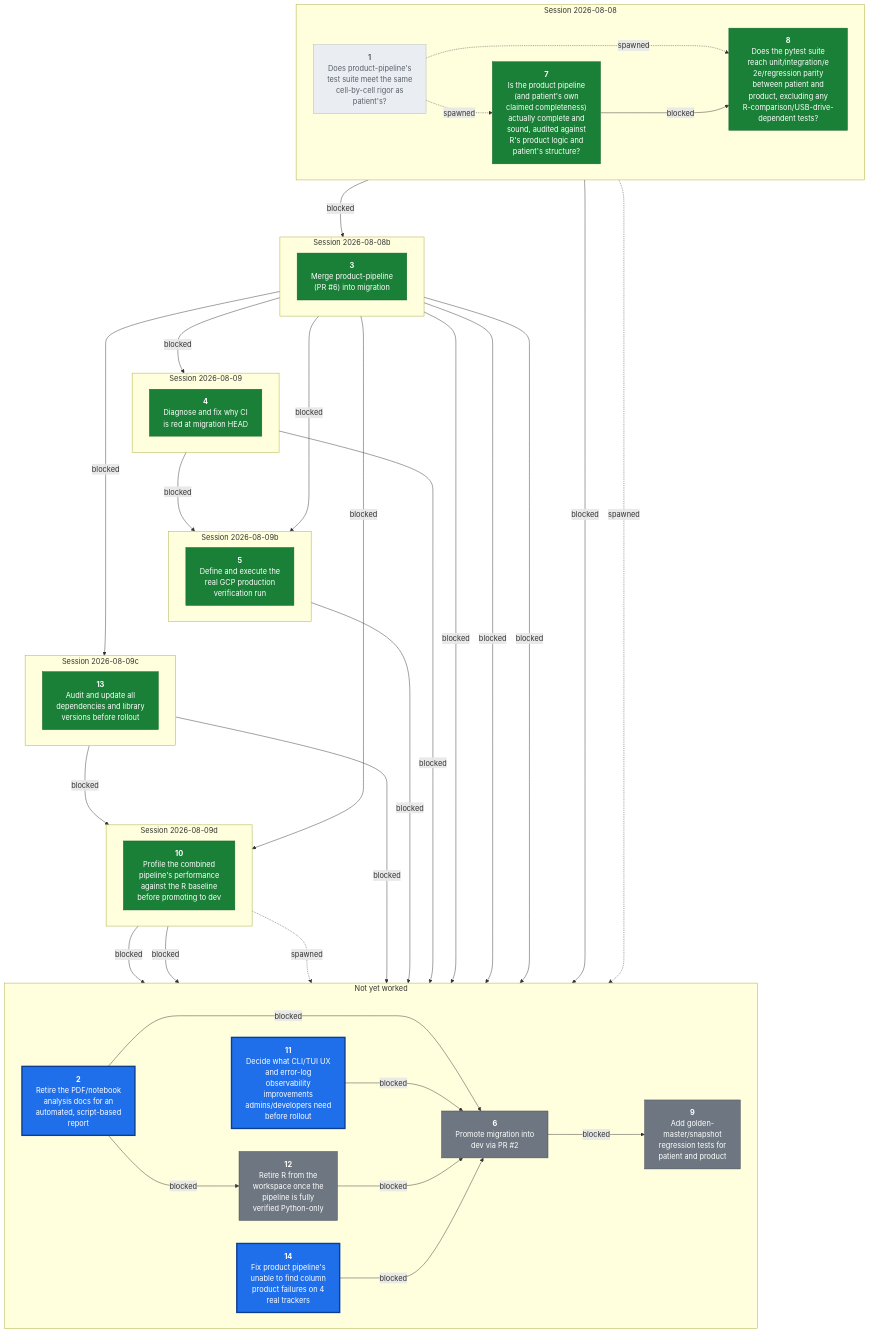
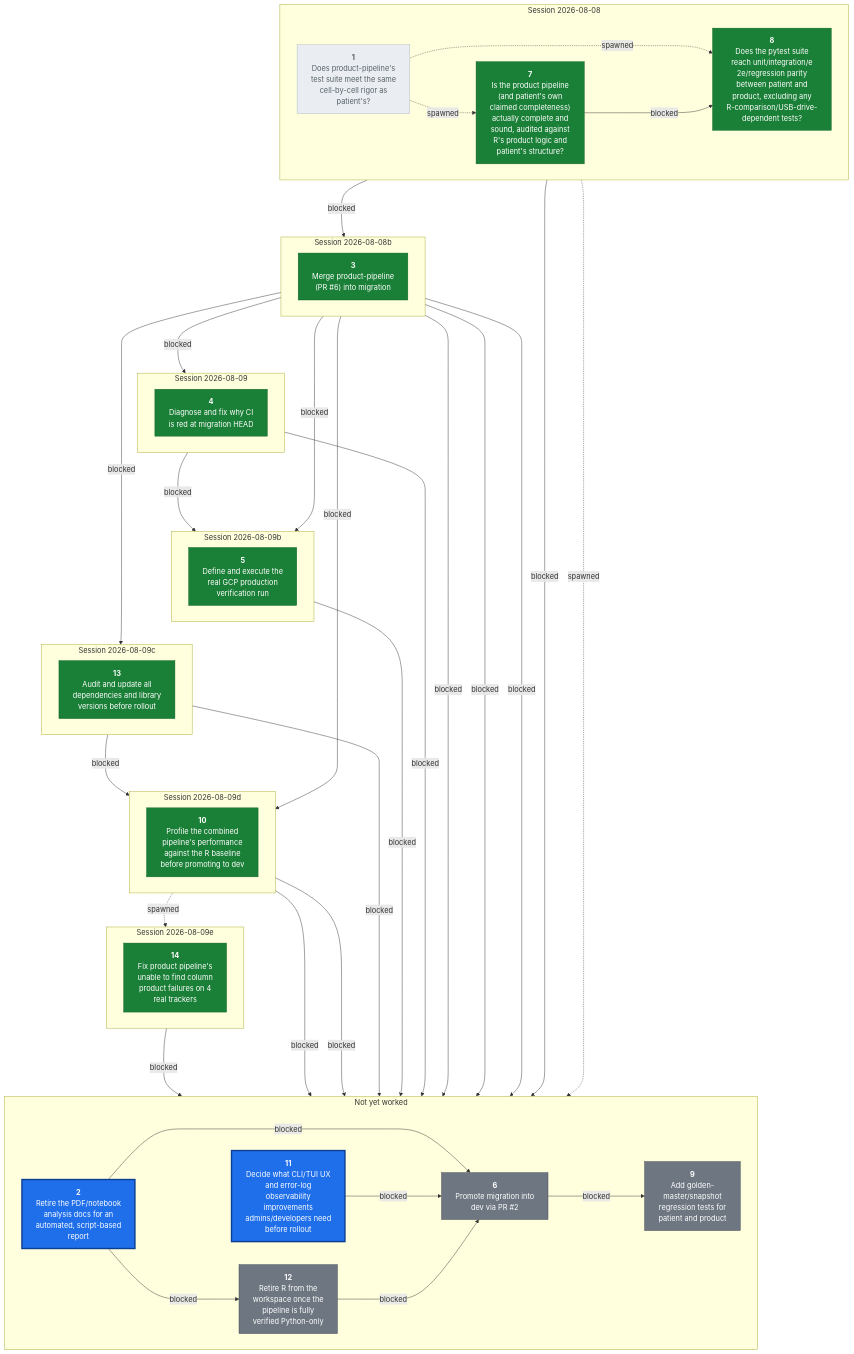
One commit to CorrelAid/a4d changed the diagram in docs/wayfinder/route.mmd. Above: the diagram before and after it, drawn with Mermaid. The commit also changed 7 other files, not shown here.

```diff
--- a/docs/wayfinder/route.mmd
+++ b/docs/wayfinder/route.mmd
@@ -1,80 +1,84 @@
 flowchart TB
   subgraph S2026_08_08["Session 2026-08-08"]
     direction LR
     U1["<b>1</b><br/>Does product-pipeline's<br/>test suite meet the same<br/>cell-by-cell rigor as<br/>patient's?"]
     U7["<b>7</b><br/>Is the product pipeline<br/>(and patient's own<br/>claimed completeness)<br/>actually complete and<br/>sound, audited against<br/>R's product logic and<br/>patient's structure?"]
     U8["<b>8</b><br/>Does the pytest suite<br/>reach unit/integration/e<br/>2e/regression parity<br/>between patient and<br/>product, excluding any<br/>R-comparison/USB-drive-<br/>dependent tests?"]
   end
   subgraph S2026_08_08b["Session 2026-08-08b"]
     direction LR
     U3["<b>3</b><br/>Merge product-pipeline<br/>(PR #6) into migration"]
   end
   subgraph S2026_08_09["Session 2026-08-09"]
     direction LR
     U4["<b>4</b><br/>Diagnose and fix why CI<br/>is red at migration HEAD"]
   end
   subgraph S2026_08_09b["Session 2026-08-09b"]
     direction LR
     U5["<b>5</b><br/>Define and execute the<br/>real GCP production<br/>verification run"]
   end
   subgraph S2026_08_09c["Session 2026-08-09c"]
     direction LR
     U13["<b>13</b><br/>Audit and update all<br/>dependencies and library<br/>versions before rollout"]
   end
   subgraph S2026_08_09d["Session 2026-08-09d"]
     direction LR
     U10["<b>10</b><br/>Profile the combined<br/>pipeline's performance<br/>against the R baseline<br/>before promoting to dev"]
   end
+  subgraph S2026_08_09e["Session 2026-08-09e"]
+    direction LR
+    U14["<b>14</b><br/>Fix product pipeline's<br/>unable to find column<br/>product failures on 4<br/>real trackers"]
+  end
   subgraph Sopen["Not yet worked"]
     direction LR
     U2["<b>2</b><br/>Retire the PDF/notebook<br/>analysis docs for an<br/>automated, script-based<br/>report"]
     U6["<b>6</b><br/>Promote migration into<br/>dev via PR #2"]
     U9["<b>9</b><br/>Add golden-<br/>master/snapshot<br/>regression tests for<br/>patient and product"]
     U11["<b>11</b><br/>Decide what CLI/TUI UX<br/>and error-log<br/>observability<br/>improvements<br/>admins/developers need<br/>before rollout"]
     U12["<b>12</b><br/>Retire R from the<br/>workspace once the<br/>pipeline is fully<br/>verified Python-only"]
-    U14["<b>14</b><br/>Fix product pipeline's<br/>unable to find column<br/>product failures on 4<br/>real trackers"]
   end
 
   S2026_08_08 ~~~ S2026_08_08b
   S2026_08_08b ~~~ S2026_08_09
   S2026_08_09 ~~~ S2026_08_09b
   S2026_08_09b ~~~ S2026_08_09c
   S2026_08_09c ~~~ S2026_08_09d
-  S2026_08_09d ~~~ Sopen
+  S2026_08_09d ~~~ S2026_08_09e
+  S2026_08_09e ~~~ Sopen
 
   U3 --->|blocked| U2
   U8 --->|blocked| U3
   U3 --->|blocked| U4
   U3 --->|blocked| U5
   U4 --->|blocked| U5
   U8 --->|blocked| U6
   U2 --->|blocked| U6
   U3 --->|blocked| U6
   U4 --->|blocked| U6
   U5 --->|blocked| U6
   U10 --->|blocked| U6
   U11 --->|blocked| U6
   U12 --->|blocked| U6
   U13 --->|blocked| U6
   U14 --->|blocked| U6
   U1 -.->|spawned| U7
   U1 -.->|spawned| U8
   U7 --->|blocked| U8
   U8 -.->|spawned| U9
   U6 --->|blocked| U9
   U3 --->|blocked| U10
   U13 --->|blocked| U10
   U3 --->|blocked| U11
   U2 --->|blocked| U12
   U10 --->|blocked| U12
   U3 --->|blocked| U13
   U10 -.->|spawned| U14
 
   classDef tfrontier fill:#1f6feb,stroke:#0b3d91,stroke-width:3px,color:#ffffff
-  class U2,U11,U14 tfrontier
+  class U2,U11 tfrontier
   classDef tblocked fill:#6e7781,stroke:#424a53,stroke-width:1px,color:#ffffff
   class U6,U9,U12 tblocked
   classDef tdecided fill:#1a7f37,stroke:#116329,stroke-width:1px,color:#ffffff
-  class U3,U4,U5,U7,U8,U10,U13 tdecided
+  class U3,U4,U5,U7,U8,U10,U13,U14 tdecided
   classDef tdropped fill:#eaeef2,stroke:#afb8c1,stroke-width:1px,color:#57606a
   class U1 tdropped
```
